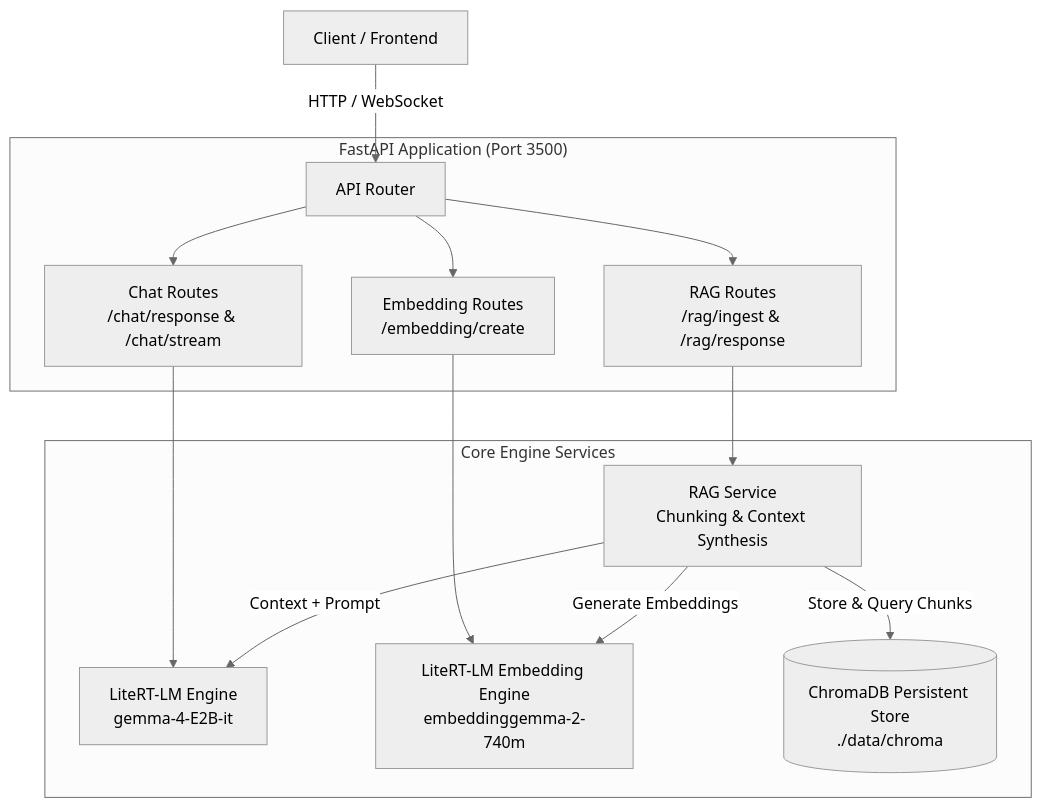
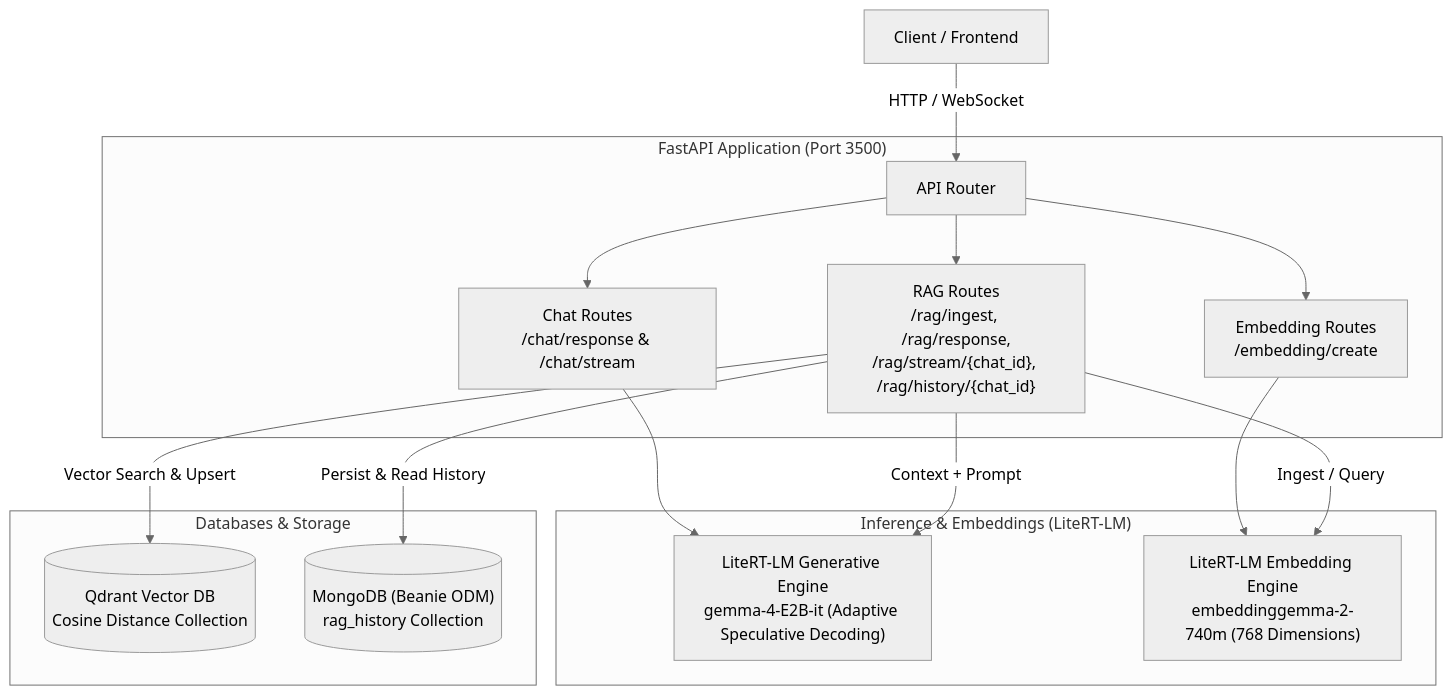
The diagram in README.md (masanthimanshu/gemma-rag), drawn with Mermaid (neutral theme) before and after one commit. The commit also changed other lines of this file and 7 other files, not shown here.

Commit message:
refactor: replace chromadb with qdrant and add mongodb persistence via beanie

````diff
--- a/README.md
+++ b/README.md
@@ -95,31 +107,34 @@
 ```mermaid
 flowchart TD
     Client["Client / Frontend"]
-    
+
     subgraph FastAPI["FastAPI Application (Port 3500)"]
         Router["API Router"]
         ChatRoute["Chat Routes<br/>/chat/response & /chat/stream"]
         EmbedRoute["Embedding Routes<br/>/embedding/create"]
-        RagRoute["RAG Routes<br/>/rag/ingest & /rag/response"]
+        RagRoute["RAG Routes<br/>/rag/ingest, /rag/response,<br/>/rag/stream/{chat_id}, /rag/history/{chat_id}"]
     end
 
-    subgraph Services["Core Engine Services"]
-        LLM["LiteRT-LM Engine<br/>gemma-4-E2B-it"]
-        Embed["LiteRT-LM Embedding Engine<br/>embeddinggemma-2-740m"]
-        RAG["RAG Service<br/>Chunking & Context Synthesis"]
-        Chroma[("ChromaDB Persistent Store<br/>./data/chroma")]
+    subgraph Engines["Inference & Embeddings (LiteRT-LM)"]
+        LLM["LiteRT-LM Generative Engine<br/>gemma-4-E2B-it (Adaptive Speculative Decoding)"]
+        Embed["LiteRT-LM Embedding Engine<br/>embeddinggemma-2-740m (768 Dimensions)"]
+    end
+
+    subgraph Storage["Databases & Storage"]
+        Qdrant[("Qdrant Vector DB<br/>Cosine Distance Collection")]
+        Mongo[("MongoDB (Beanie ODM)<br/>rag_history Collection")]
     end
 
     Client -->|HTTP / WebSocket| Router
     Router --> ChatRoute
     Router --> EmbedRoute
     Router --> RagRoute
 
     ChatRoute --> LLM
     EmbedRoute --> Embed
 
-    RagRoute --> RAG
-    RAG -->|Generate Embeddings| Embed
-    RAG -->|Store & Query Chunks| Chroma
-    RAG -->|Context + Prompt| LLM
+    RagRoute -->|Ingest / Query| Embed
+    RagRoute -->|Vector Search & Upsert| Qdrant
+    RagRoute -->|Context + Prompt| LLM
+    RagRoute -->|Persist & Read History| Mongo
 ```
````
